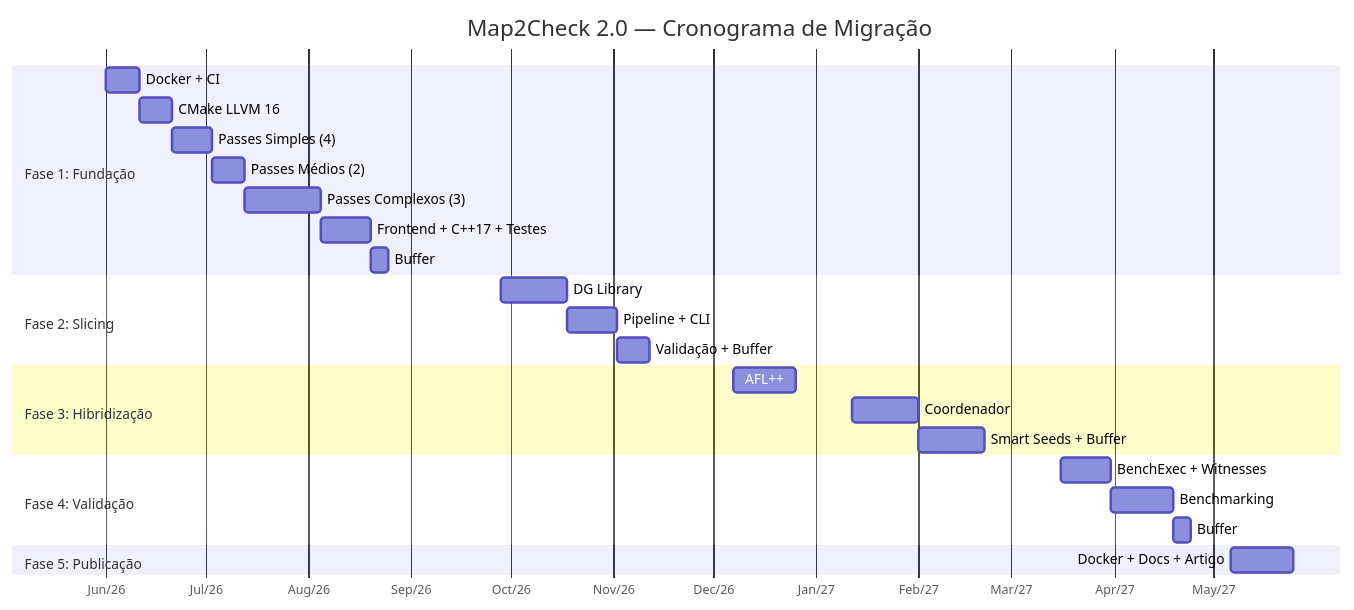
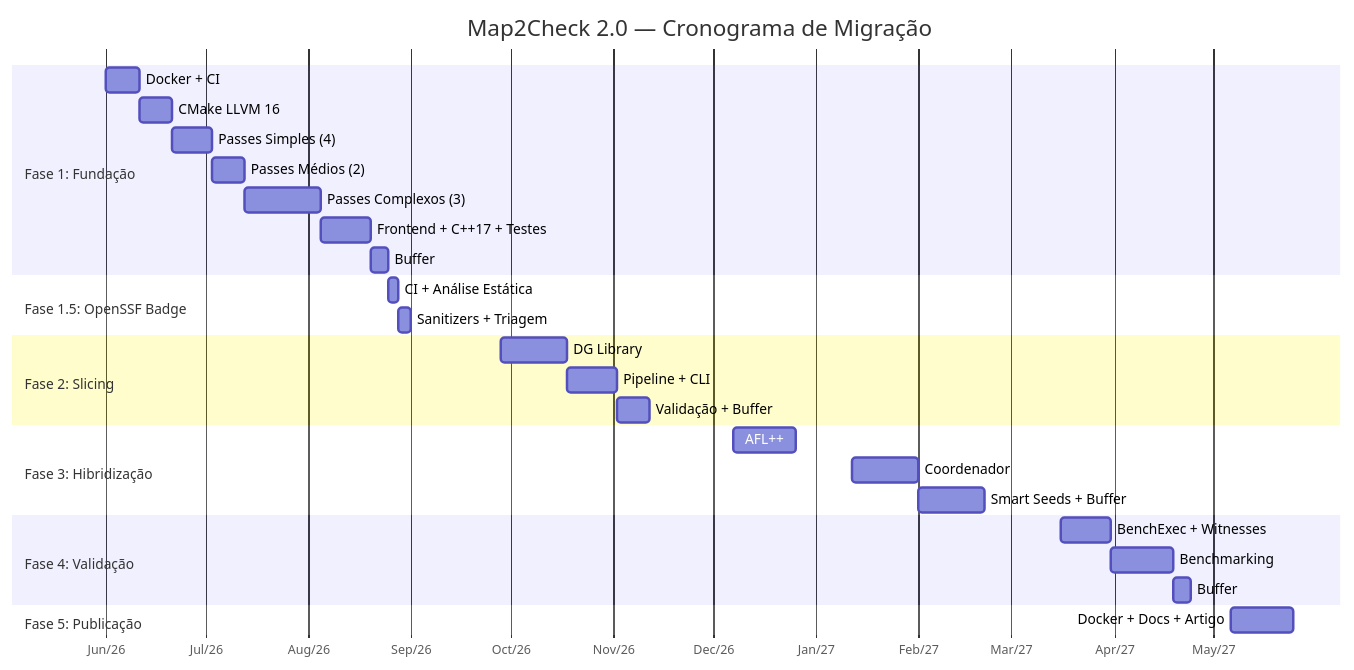
Before and after one commit to hbgit/Map2Check: the diagram in docs/migration-schedule.md, drawn with Mermaid. The commit also changed other lines of this file and 1 other file, not shown here.

Commit message:
docs: add Phase 1.5 OpenSSF badge to migration schedule

````diff
--- a/docs/migration-schedule.md
+++ b/docs/migration-schedule.md
@@ -238,33 +260,37 @@
 ```mermaid
 gantt
     title Map2Check 2.0 — Cronograma de Migração
     dateFormat YYYY-MM-DD
     axisFormat %b/%y
 
     section Fase 1: Fundação
     Docker + CI               :f1a, 2026-06-01, 10d
     CMake LLVM 16              :f1b, after f1a, 10d
     Passes Simples (4)         :f1c, after f1b, 12d
     Passes Médios (2)          :f1d, after f1c, 10d
     Passes Complexos (3)       :f1e, after f1d, 23d
     Frontend + C++17 + Testes  :f1f, after f1e, 15d
     Buffer                     :f1g, after f1f, 5d
+
+    section Fase 1.5: OpenSSF Badge
+    CI + Análise Estática      :f15a, after f1g, 3d
+    Sanitizers + Triagem       :f15b, after f15a, 4d
 
     section Fase 2: Slicing
     DG Library                 :f2a, 2026-09-28, 20d
     Pipeline + CLI             :f2b, after f2a, 15d
     Validação + Buffer         :f2c, after f2b, 10d
 
     section Fase 3: Hibridização
     AFL++                      :f3a, 2026-12-07, 19d
     Coordenador                :f3b, 2027-01-12, 20d
     Smart Seeds + Buffer       :f3c, after f3b, 20d
 
     section Fase 4: Validação
     BenchExec + Witnesses      :f4a, 2027-03-16, 15d
     Benchmarking               :f4b, after f4a, 19d
     Buffer                     :f4c, after f4b, 5d
 
     section Fase 5: Publicação
     Docker + Docs + Artigo     :f5a, 2027-05-06, 19d
 ```
````
